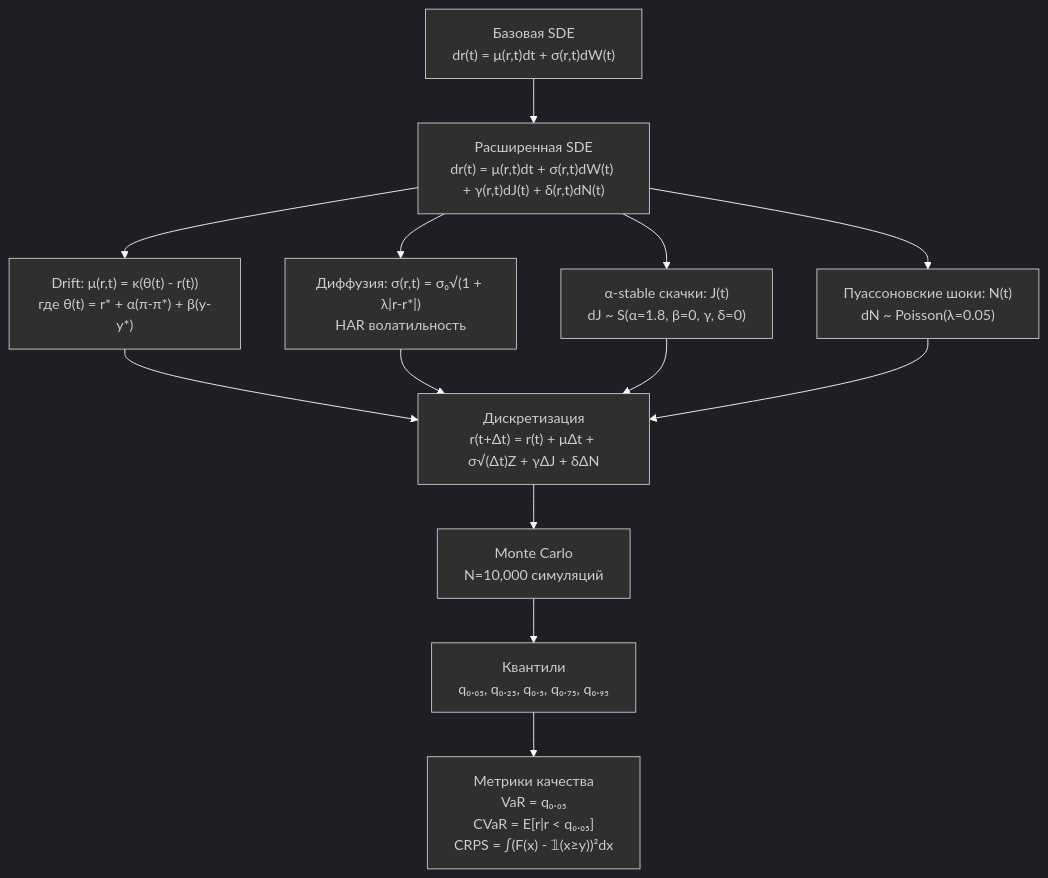
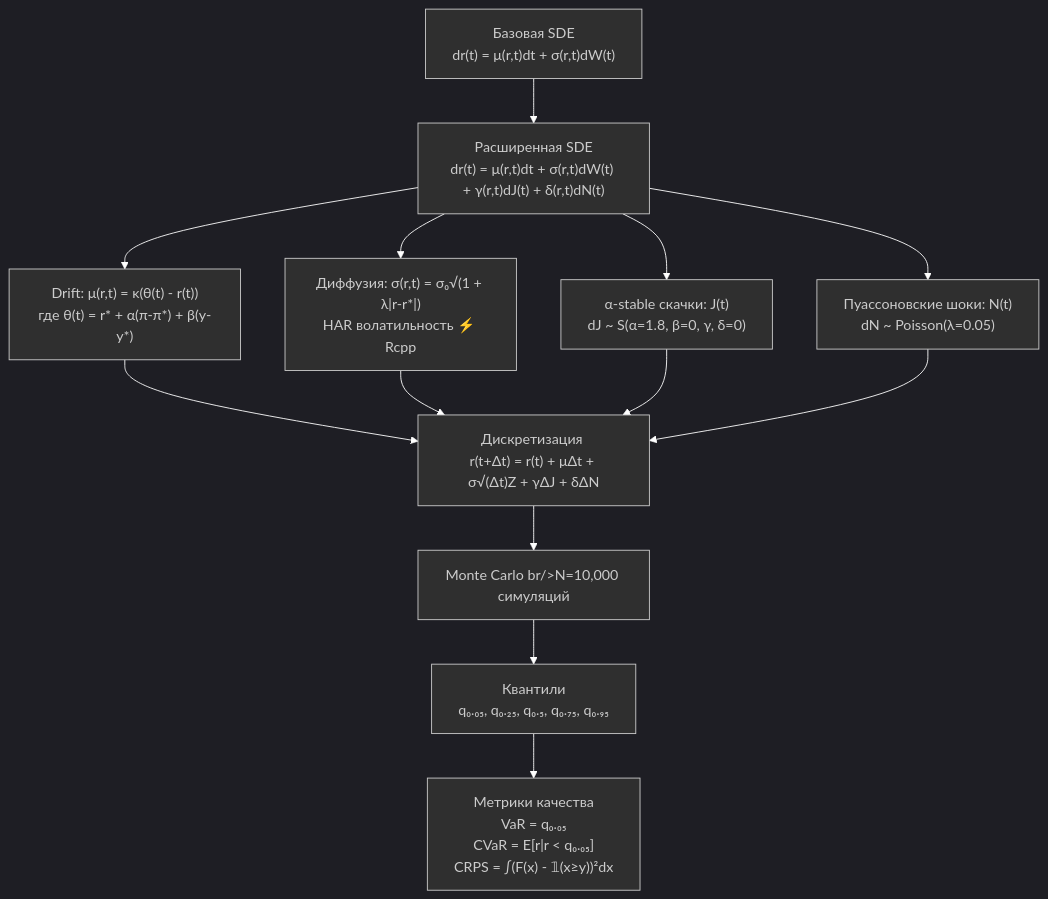
The second of 4 diagrams in README.md (nikserbur/CBModelsStohastic), drawn with Mermaid before and after one commit. The commit also changed other lines of this file, not shown here.

````diff
--- a/README.md
+++ b/README.md
@@ -78,20 +177,20 @@
 ```mermaid
 %%{init: {'theme':'dark', 'themeVariables': {'primaryColor': '#ff7f00', 'primaryTextColor': '#ffffff', 'primaryBorderColor': '#ff7f00', 'lineColor': '#ffffff', 'secondaryColor': '#1f1f1f', 'tertiaryColor': '#2f2f2f', 'background': '#1f1f1f', 'mainBkg': '#2f2f2f', 'secondBkg': '#3f3f3f', 'tertiaryBkg': '#4f4f4f'}}}%%
 graph TD
     A["Базовая SDE<br/>dr(t) = μ(r,t)dt + σ(r,t)dW(t)"] --> B["Расширенная SDE<br/>dr(t) = μ(r,t)dt + σ(r,t)dW(t) + γ(r,t)dJ(t) + δ(r,t)dN(t)"]
     
     B --> C["Drift: μ(r,t) = κ(θ(t) - r(t))<br/>где θ(t) = r* + α(π-π*) + β(y-y*)"]
-    B --> D["Диффузия: σ(r,t) = σ₀√(1 + λ|r-r*|)<br/>HAR волатильность"]
+    B --> D["Диффузия: σ(r,t) = σ₀√(1 + λ|r-r*|)<br/>HAR волатильность ⚡ Rcpp"]
     B --> E["α-stable скачки: J(t)<br/>dJ ~ S(α=1.8, β=0, γ, δ=0)"]
     B --> F["Пуассоновские шоки: N(t)<br/>dN ~ Poisson(λ=0.05)"]
     
-    C --> G["Дискретизация<br/>r(t+Δt) = r(t) + μΔt + σ√(Δt)Z + γΔJ + δΔN"]
+    C --> G["Дискретизация <br/>r(t+Δt) = r(t) + μΔt + σ√(Δt)Z + γΔJ + δΔN"]
     D --> G
     E --> G
     F --> G
     
-    G --> H["Monte Carlo<br/>N=10,000 симуляций"]
+    G --> H["Monte Carlo br/>N=10,000 симуляций"]
     H --> I["Квантили<br/>q₀.₀₅, q₀.₂₅, q₀.₅, q₀.₇₅, q₀.₉₅"]
     
     I --> J["Метрики качества<br/>VaR = q₀.₀₅<br/>CVaR = E[r|r < q₀.₀₅]<br/>CRPS = ∫(F(x) - 𝟙(x≥y))²dx"]
 ```
````
